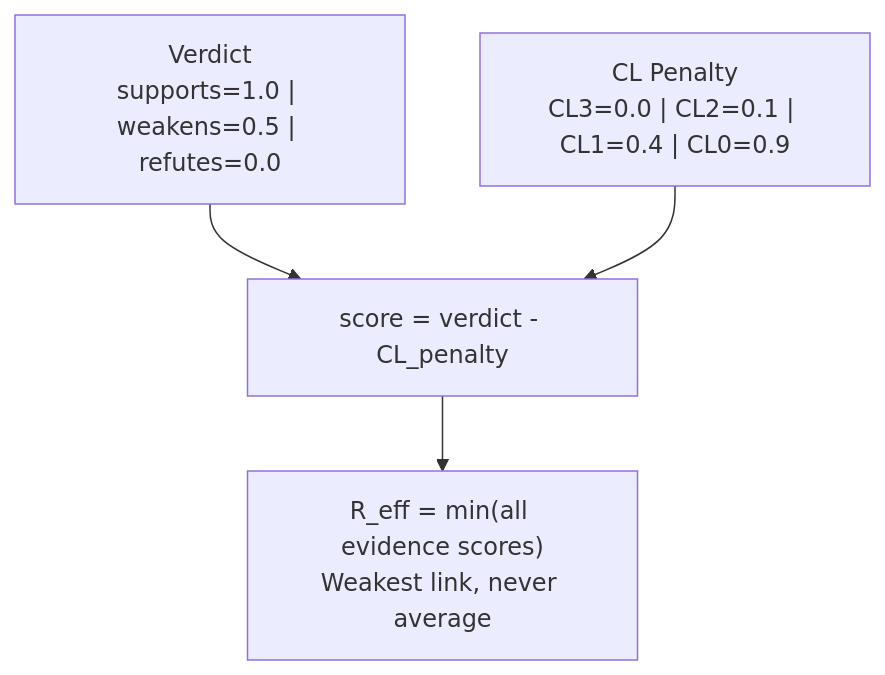
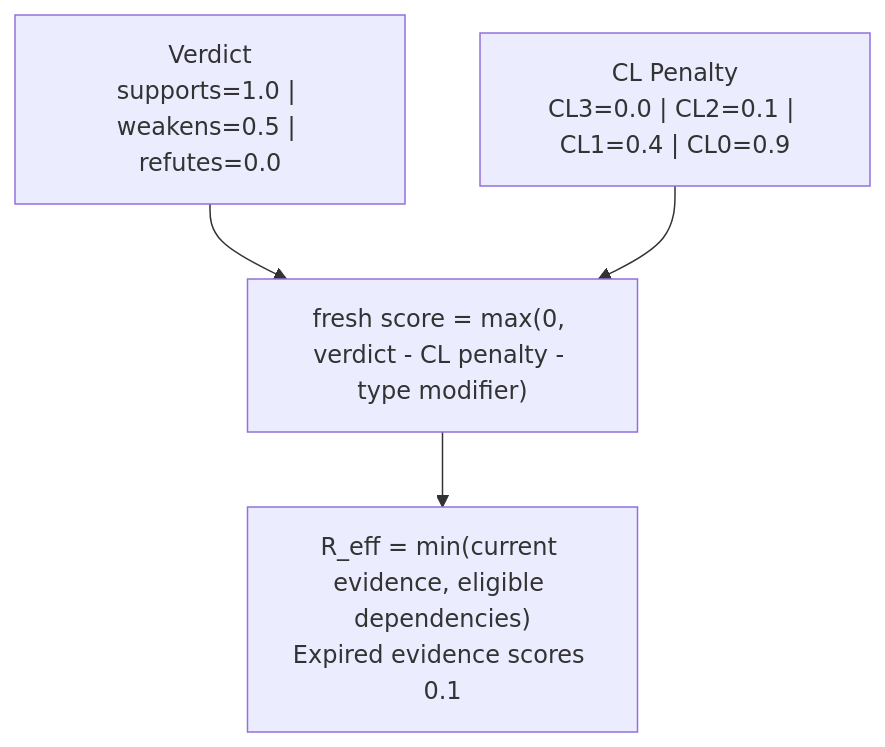
Before and after one commit to ForgePlan/forgeplan: the diagram in website/src/content/docs/docs/methodology/evidence.md, drawn with Mermaid. The commit also changed other lines of this file and 580 other files, not shown here.

````diff
--- a/website/src/content/docs/docs/methodology/evidence.md
+++ b/website/src/content/docs/docs/methodology/evidence.md
@@ -28,6 +28,6 @@
 ```mermaid
 flowchart TD
-  V["Verdict\nsupports=1.0 | weakens=0.5 | refutes=0.0"] --> S["score = verdict - CL_penalty"]
+  V["Verdict\nsupports=1.0 | weakens=0.5 | refutes=0.0"] --> S["fresh score = max(0, verdict - CL penalty - type modifier)"]
   CL["CL Penalty\nCL3=0.0 | CL2=0.1 | CL1=0.4 | CL0=0.9"] --> S
-  S --> R["R_eff = min(all evidence scores)\nWeakest link, never average"]
+  S --> R["R_eff = min(current evidence, eligible dependencies)\nExpired evidence scores 0.1"]
 ```
````
